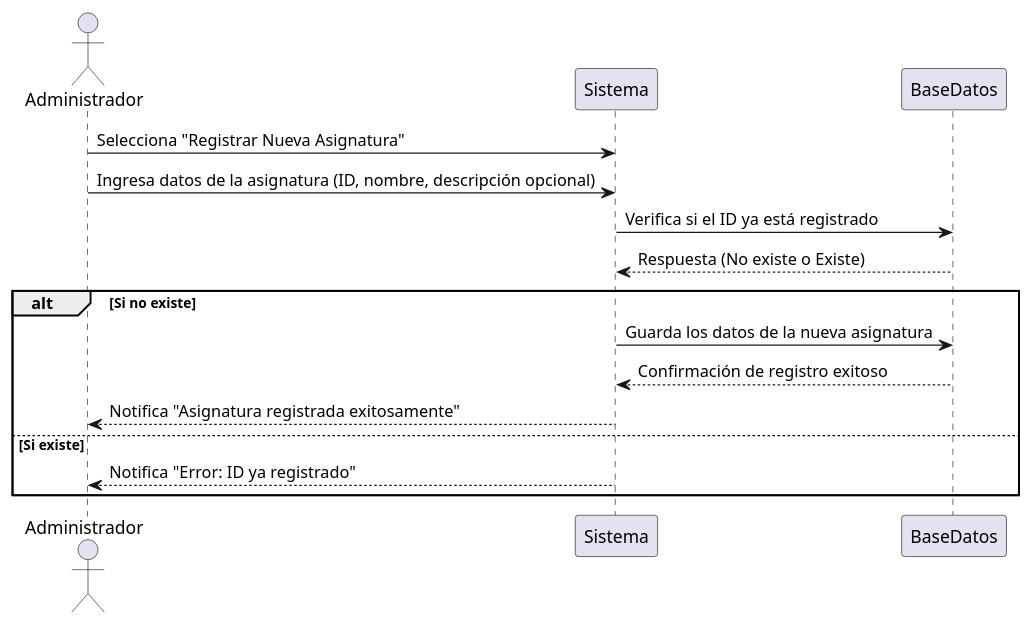
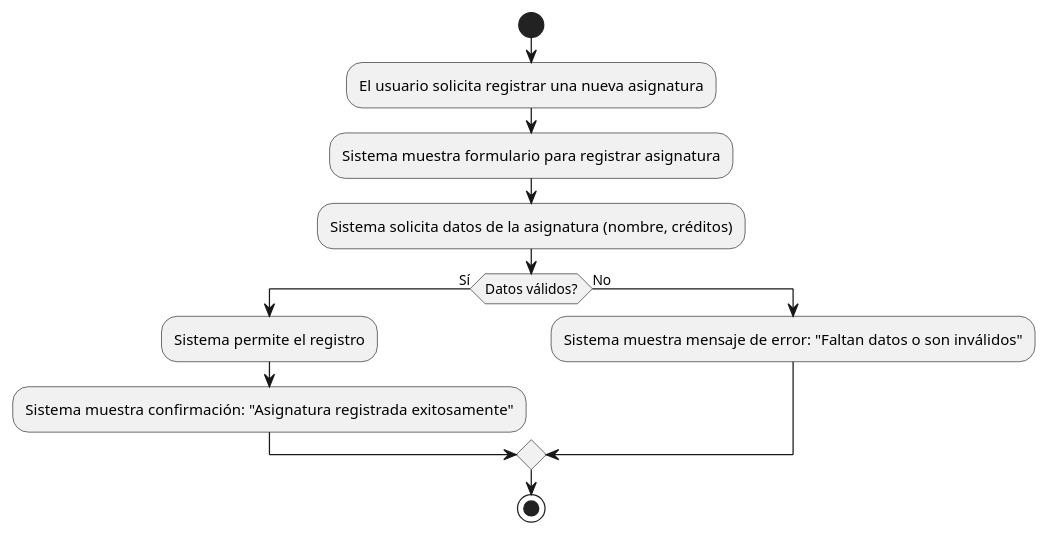
The diagram in casosDeUso/plantUML/RegistrarAsignatura.puml (mmasias/24-25-IdSw1-SDR), drawn with PlantUML before and after one commit.

```diff
--- a/casosDeUso/plantUML/RegistrarAsignatura.puml
+++ b/casosDeUso/plantUML/RegistrarAsignatura.puml
@@ -1,17 +1,13 @@
 @startuml
-
-actor Administrador as A
-
-A -> Sistema : Selecciona "Registrar Nueva Asignatura"
-A -> Sistema : Ingresa datos de la asignatura (ID, nombre, descripción opcional)
-Sistema -> BaseDatos : Verifica si el ID ya está registrado
-BaseDatos --> Sistema : Respuesta (No existe o Existe)
-alt Si no existe
-    Sistema -> BaseDatos : Guarda los datos de la nueva asignatura
-    BaseDatos --> Sistema : Confirmación de registro exitoso
-    Sistema --> A : Notifica "Asignatura registrada exitosamente"
-else Si existe
-    Sistema --> A : Notifica "Error: ID ya registrado"
-end
-
+start
+:El usuario solicita registrar una nueva asignatura;
+:Sistema muestra formulario para registrar asignatura;
+:Sistema solicita datos de la asignatura (nombre, créditos);
+if (Datos válidos?) then (Sí)
+  :Sistema permite el registro;
+  :Sistema muestra confirmación: "Asignatura registrada exitosamente";
+else (No)
+  :Sistema muestra mensaje de error: "Faltan datos o son inválidos";
+endif
+stop
 @enduml
```
